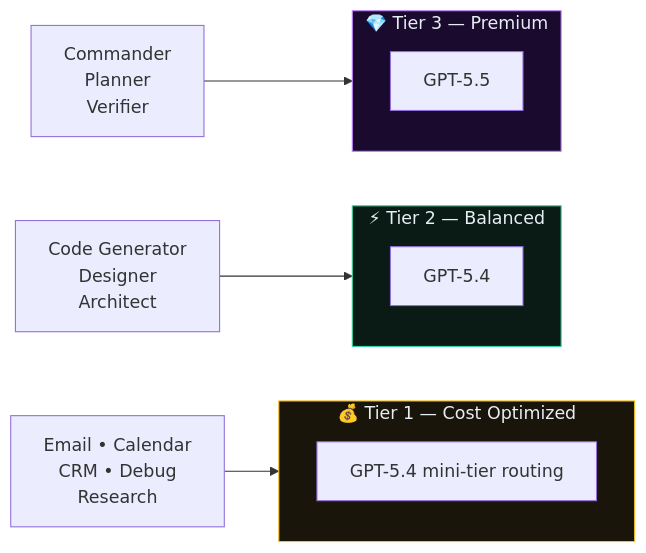
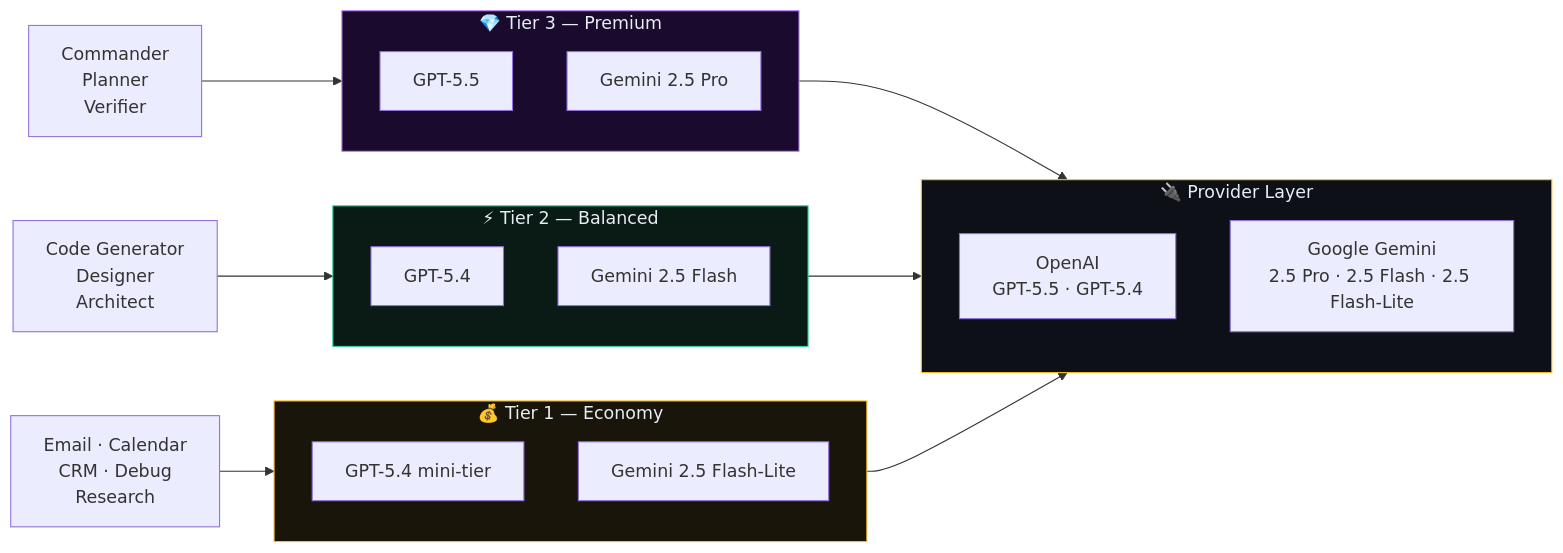
The second of 5 diagrams in README.md (inbharatai/jak-swarm), drawn with Mermaid before and after one commit. The commit also changed other lines of this file, not shown here.

First line of the commit message:
feat: add Gemini as first-class LLM provider for Google AI Agents Challenge

````diff
--- a/README.md
+++ b/README.md
@@ -220,22 +222,36 @@
 ```mermaid
 flowchart LR
+    subgraph PROVIDER["🔌 Provider Layer"]
+        direction TB
+        OPENAI["OpenAI<br/>GPT-5.5 · GPT-5.4"]
+        GEMINI["Google Gemini<br/>2.5 Pro · 2.5 Flash · 2.5 Flash-Lite"]
+    end
+
     subgraph TIER3["💎 Tier 3 — Premium"]
         T3A["GPT-5.5"]
+        T3B["Gemini 2.5 Pro"]
     end
 
     subgraph TIER2["⚡ Tier 2 — Balanced"]
         T2A["GPT-5.4"]
+        T2B["Gemini 2.5 Flash"]
     end
 
-    subgraph TIER1["💰 Tier 1 — Cost Optimized"]
-        T1A["GPT-5.4 mini-tier routing"]
+    subgraph TIER1["💰 Tier 1 — Economy"]
+        T1A["GPT-5.4 mini-tier"]
+        T1B["Gemini 2.5 Flash-Lite"]
     end
 
     CMD["Commander\nPlanner\nVerifier"] --> TIER3
     GEN["Code Generator\nDesigner\nArchitect"] --> TIER2
-    WRK["Email • Calendar\nCRM • Debug\nResearch"] --> TIER1
+    WRK["Email · Calendar\nCRM · Debug\nResearch"] --> TIER1
 
+    TIER3 --> PROVIDER
+    TIER2 --> PROVIDER
+    TIER1 --> PROVIDER
+
+    style PROVIDER fill:#0d1117,stroke:#fbbf24,color:#e6edf3
     style TIER3 fill:#1a0a2e,stroke:#c084fc,color:#e6edf3
     style TIER2 fill:#0a1a15,stroke:#34d399,color:#e6edf3
     style TIER1 fill:#1a150a,stroke:#fbbf24,color:#e6edf3
 ```
````
